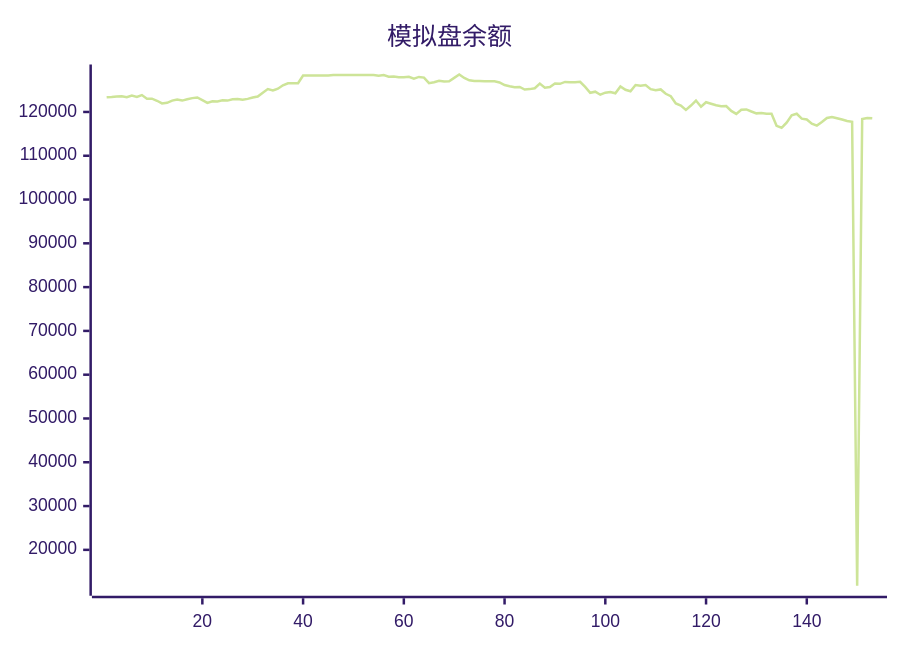
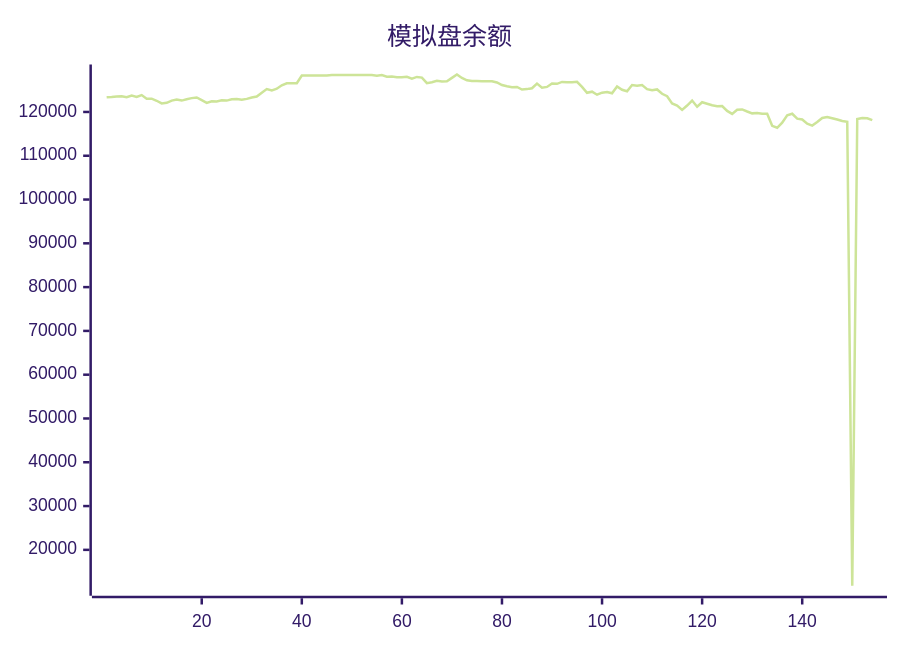
Before and after one commit to aahl/ai-trading: the diagram in README.md, drawn with Mermaid (forest theme). The commit also changed other lines of this file and 1 other file, not shown here.

````diff
--- a/README.md
+++ b/README.md
@@ -5,5 +5,5 @@
 ```mermaid
 xychart
     title "模拟盘余额"
-    line [123338,123402,123530,123592,123378,123745,123413,123853,123009,123040,122557,121938,122095,122599,122856,122597,122898,123160,123319,122719,122087,122454,122416,122685,122592,122907,122961,122776,122981,123295,123507,124403,125224,124894,125303,126088,126544,126534,126549,128335,128318,128318,128318,128318,128318,128424,128424,128424,128424,128424,128424,128424,128424,128424,128247,128412,128062,128087,127917,127901,128026,127611,128000,127850,126572,126770,127100,126971,127029,127783,128554,127765,127224,127064,127044,127009,127025,127004,126738,126152,125871,125635,125707,125117,125217,125420,126480,125545,125715,126511,126424,126856,126764,126788,126890,125710,124381,124632,123936,124402,124574,124256,125833,125070,124739,126154,125966,126145,125213,124943,125143,124157,123604,121959,121476,120476,121470,122610,121201,122221,121889,121522,121332,121344,120232,119559,120513,120577,120108,119680,119777,119572,119568,116839,116392,117573,119250,119585,118469,118277,117338,116897,117706,118628,118849,118579,118280,117926,117735,11802,118373,118639,118544]
+    line [123338,123402,123530,123592,123378,123745,123413,123853,123009,123040,122557,121938,122095,122599,122856,122597,122898,123160,123319,122719,122087,122454,122416,122685,122592,122907,122961,122776,122981,123295,123507,124403,125224,124894,125303,126088,126544,126534,126549,128335,128318,128318,128318,128318,128318,128424,128424,128424,128424,128424,128424,128424,128424,128424,128247,128412,128062,128087,127917,127901,128026,127611,128000,127850,126572,126770,127100,126971,127029,127783,128554,127765,127224,127064,127044,127009,127025,127004,126738,126152,125871,125635,125707,125117,125217,125420,126480,125545,125715,126511,126424,126856,126764,126788,126890,125710,124381,124632,123936,124402,124574,124256,125833,125070,124739,126154,125966,126145,125213,124943,125143,124157,123604,121959,121476,120476,121470,122610,121201,122221,121889,121522,121332,121344,120232,119559,120513,120577,120108,119680,119777,119572,119568,116839,116392,117573,119250,119585,118469,118277,117338,116897,117706,118628,118849,118579,118280,117926,117735,11802,118373,118639,118544,118136]
 ```
````
